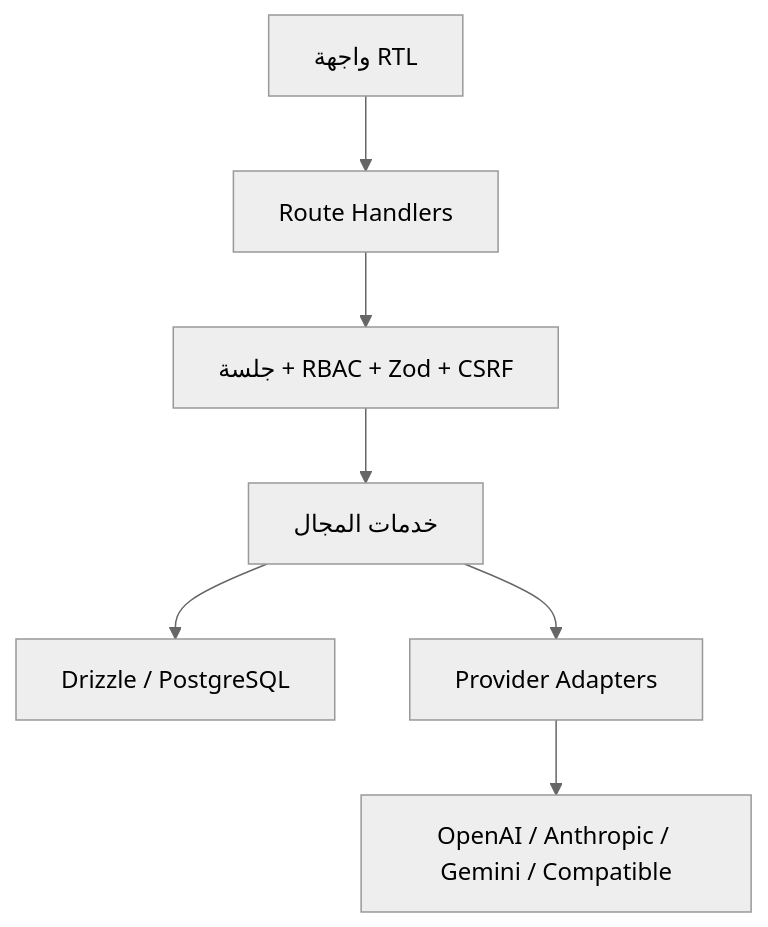
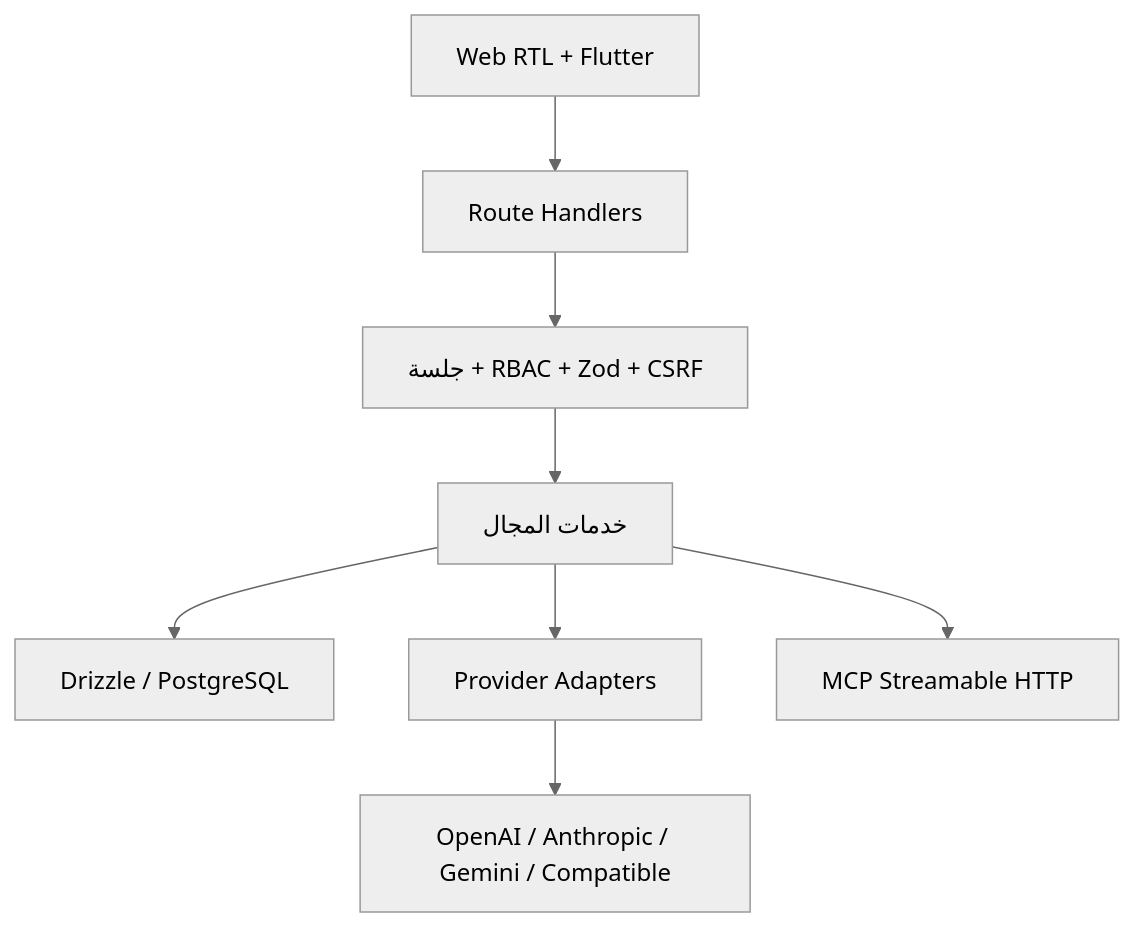
One commit to Mtzallqmy/Moatazalasrai changed the diagram in docs/ARCHITECTURE.md. Above: the diagram before and after it, drawn with Mermaid (neutral theme). The commit also changed other lines of this file and 66 other files, not shown here.

````diff
--- a/docs/ARCHITECTURE.md
+++ b/docs/ARCHITECTURE.md
@@ -15,9 +15,10 @@
 ```mermaid
 flowchart TD
-  UI["واجهة RTL"] --> API["Route Handlers"]
+  UI["Web RTL + Flutter"] --> API["Route Handlers"]
   API --> AUTH["جلسة + RBAC + Zod + CSRF"]
   AUTH --> SERVICES["خدمات المجال"]
   SERVICES --> DB["Drizzle / PostgreSQL"]
   SERVICES --> ADAPTERS["Provider Adapters"]
   ADAPTERS --> PROVIDERS["OpenAI / Anthropic / Gemini / Compatible"]
+  SERVICES --> MCP["MCP Streamable HTTP"]
 ```
````
